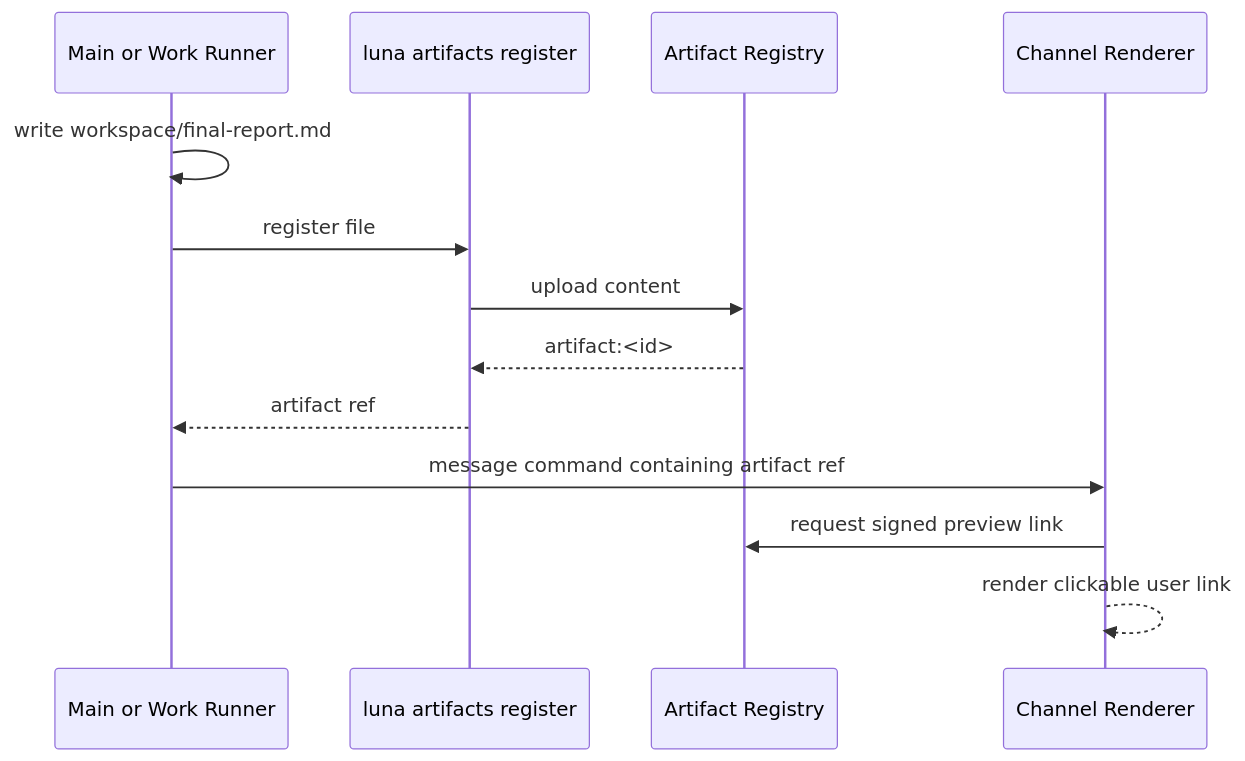
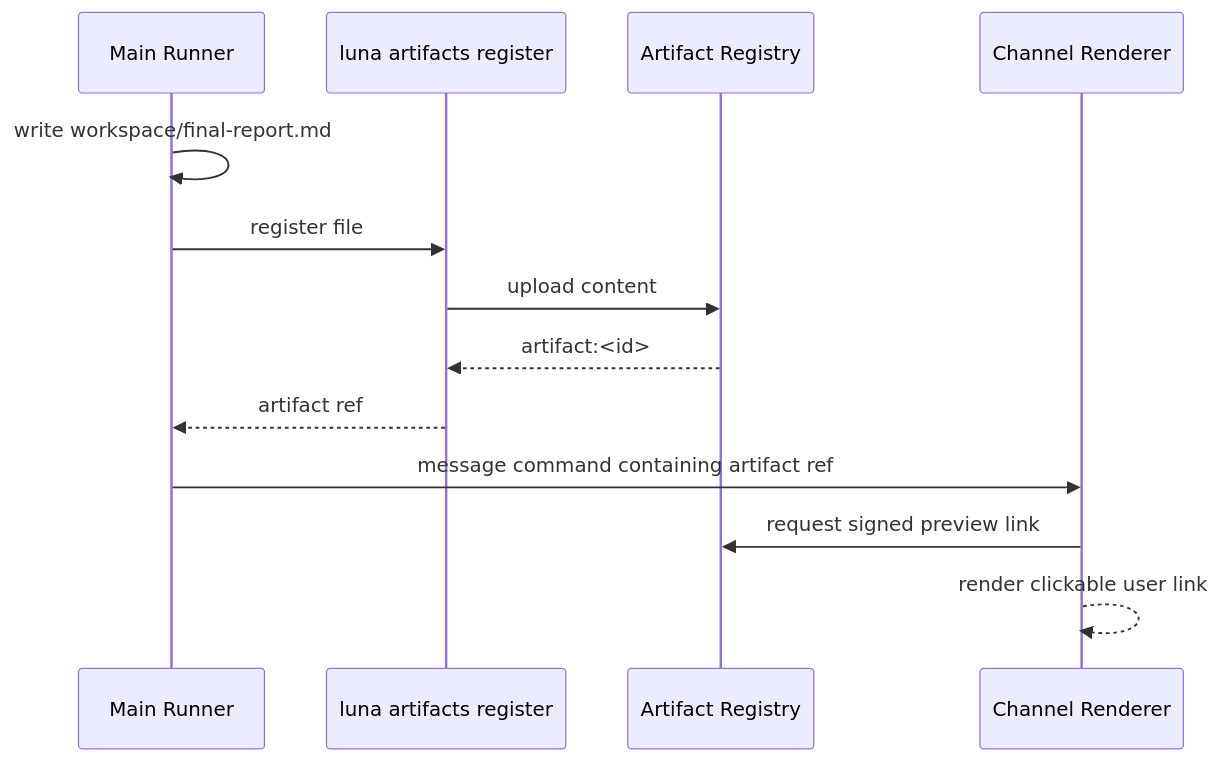
One commit to blingbiubiu-ai/luna changed the sixth of 6 diagrams in docs/designs/end-to-end-flows.md. Above: the diagram before and after it, drawn with Mermaid. The commit also changed 100 other files, not shown here.

Commit message:
refactor: remove work runner pipeline

````diff
--- a/docs/designs/end-to-end-flows.md
+++ b/docs/designs/end-to-end-flows.md
@@ -116,16 +116,16 @@
 ```mermaid
 sequenceDiagram
-  participant Runner as Main or Work Runner
+  participant Runner as Main Runner
   participant CLI as luna artifacts register
   participant Artifacts as Artifact Registry
   participant Renderer as Channel Renderer
 
   Runner->>Runner: write workspace/final-report.md
   Runner->>CLI: register file
   CLI->>Artifacts: upload content
   Artifacts-->>CLI: artifact:<id>
   CLI-->>Runner: artifact ref
   Runner->>Renderer: message command containing artifact ref
   Renderer->>Artifacts: request signed preview link
   Renderer-->>Renderer: render clickable user link
 ```
````
